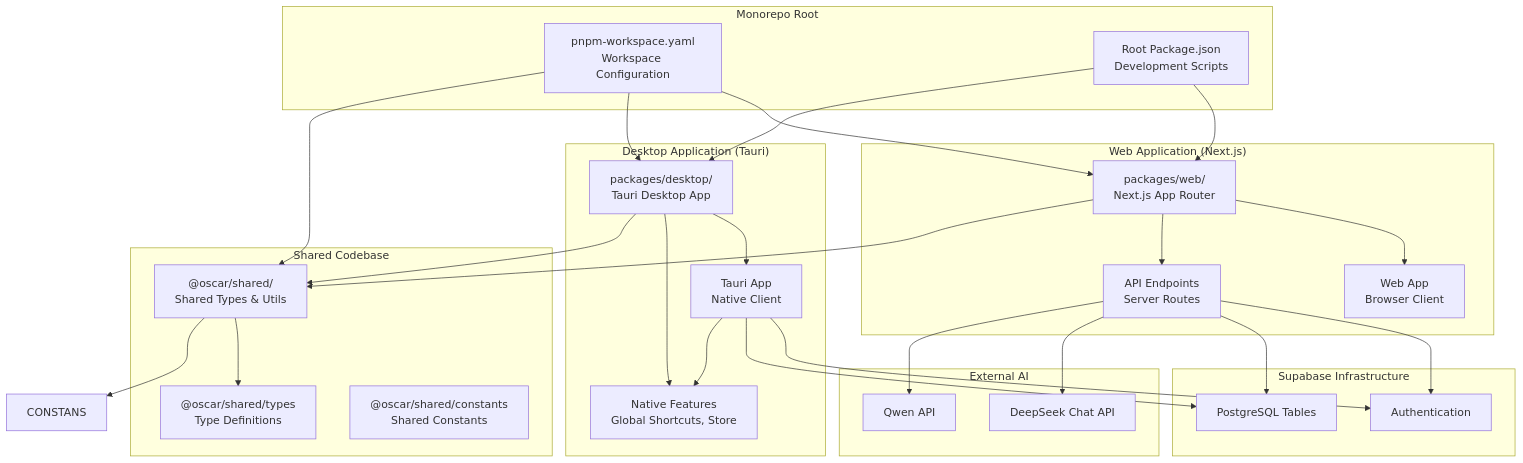
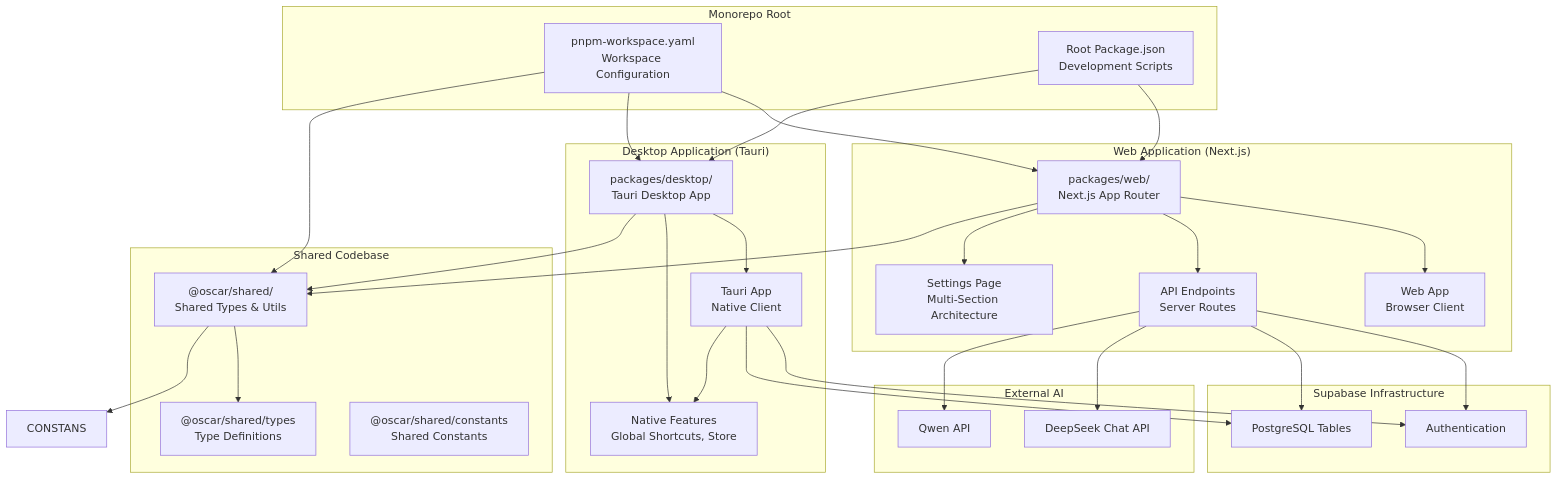
The first of 8 diagrams in .qoder/repowiki/en/content/Architecture Overview/Architecture Overview.md (navgurukul/oscar), drawn with Mermaid before and after one commit. The commit also changed other lines of this file and 9 other files, not shown here.

Commit message:
feat(settings): add multi-section settings architecture with lazy-loaded components

````diff
--- a/.qoder/repowiki/en/content/Architecture Overview/Architecture Overview.md
+++ b/.qoder/repowiki/en/content/Architecture Overview/Architecture Overview.md
@@ -68,50 +74,52 @@
 ```mermaid
 graph TB
 subgraph "Monorepo Root"
 WORKSPACE["pnpm-workspace.yaml<br/>Workspace Configuration"]
 ROOTPKG["Root Package.json<br/>Development Scripts"]
 end
 subgraph "Web Application (Next.js)"
 WEBPKG["packages/web/<br/>Next.js App Router"]
 WEBAPP["Web App<br/>Browser Client"]
 ENDPOINTS["API Endpoints<br/>Server Routes"]
+SETTINGS["Settings Page<br/>Multi-Section Architecture"]
 end
 subgraph "Desktop Application (Tauri)"
 DESKTOPPKG["packages/desktop/<br/>Tauri Desktop App"]
 TAURIAPP["Tauri App<br/>Native Client"]
 NATIVE["Native Features<br/>Global Shortcuts, Store"]
 end
 subgraph "Shared Codebase"
 SHAREDPKG["@oscar/shared/<br/>Shared Types & Utils"]
 TYPES["@oscar/shared/types<br/>Type Definitions"]
 CONSTANTS["@oscar/shared/constants<br/>Shared Constants"]
 end
 subgraph "Supabase Infrastructure"
 AUTH["Authentication"]
 DB["PostgreSQL Tables"]
 end
 subgraph "External AI"
 DEEPSEEK["DeepSeek Chat API"]
 QWEN["Qwen API"]
 end
 WORKSPACE --> WEBPKG
 WORKSPACE --> DESKTOPPKG
 WORKSPACE --> SHAREDPKG
 ROOTPKG --> WEBPKG
 ROOTPKG --> DESKTOPPKG
 WEBPKG --> WEBAPP
 WEBPKG --> ENDPOINTS
+WEBPKG --> SETTINGS
 DESKTOPPKG --> TAURIAPP
 DESKTOPPKG --> NATIVE
 WEBPKG --> SHAREDPKG
 DESKTOPPKG --> SHAREDPKG
 SHAREDPKG --> TYPES
 SHAREDPKG --> CONSTANS
 ENDPOINTS --> AUTH
 ENDPOINTS --> DB
 TAURIAPP --> AUTH
 TAURIAPP --> DB
 TAURIAPP --> NATIVE
 ENDPOINTS --> DEEPSEEK
 ENDPOINTS --> QWEN
 ```
````
